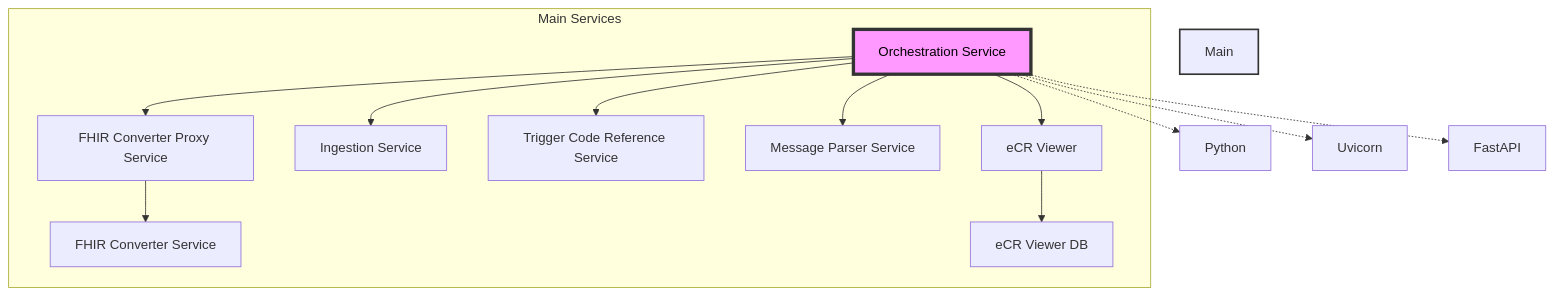
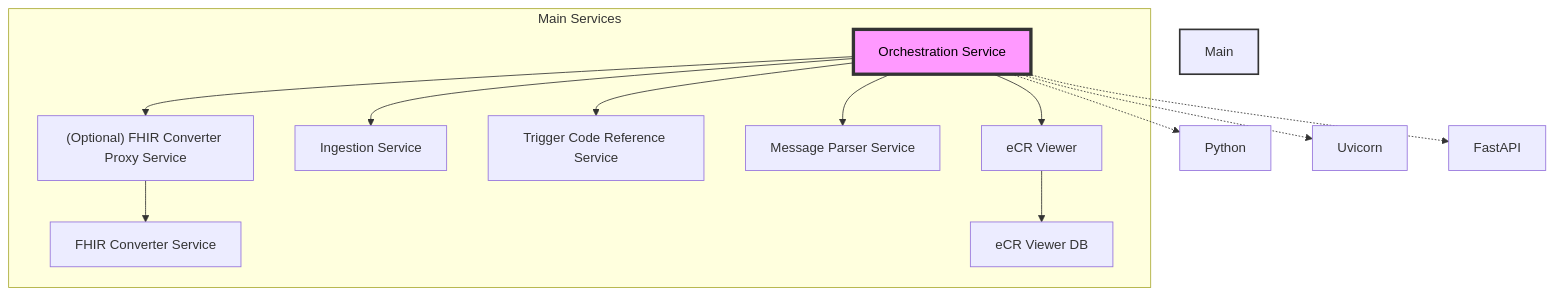
One commit to CDCgov/dibbs-ecr-viewer changed the first of 2 diagrams in containers/orchestration/README.md. Above: the diagram before and after it, drawn with Mermaid. The commit also changed 3 other files, not shown here.

````diff
--- a/containers/orchestration/README.md
+++ b/containers/orchestration/README.md
@@ -110,24 +110,24 @@
 ```mermaid
 graph TD
     subgraph Main Services
         A[Orchestration Service]
-        A --> B[FHIR Converter Proxy Service]
+        A --> B["(Optional) FHIR Converter Proxy Service"]
         B --> H[FHIR Converter Service]
         A --> C[Ingestion Service]
         A --> D[Trigger Code Reference Service]
         A --> E[Message Parser Service]
         A --> F[eCR Viewer]
         F --> G[eCR Viewer DB]
     end
 
     M[Python]
     N[Uvicorn]
     O[FastAPI]
 
     A -.-> M
     A -.-> N
     A -.-> O
 
     style A fill:#f9f,stroke:#333,stroke-width:4px,color:#000
     style Main Services fill:#bbf,stroke:#333,stroke-width:2px
 ```
````
